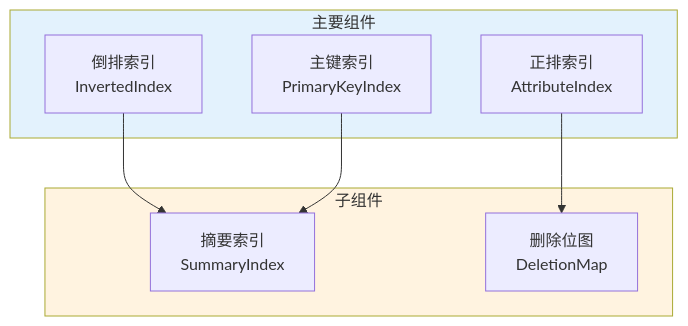
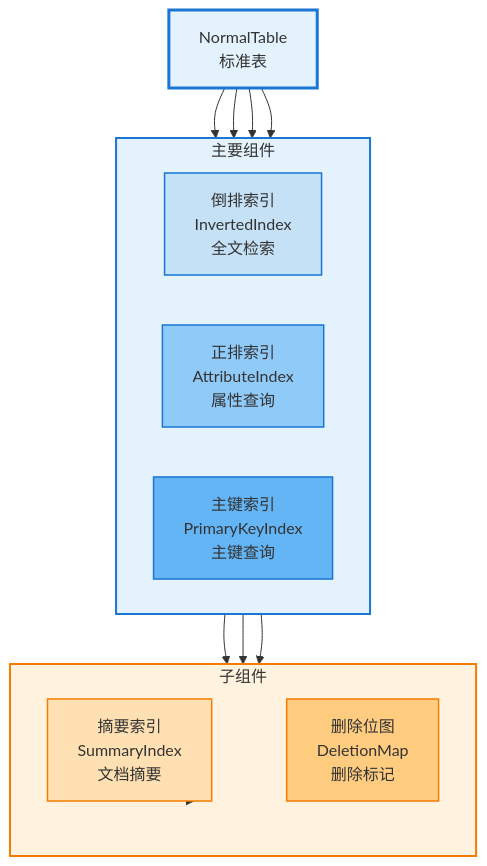
Before and after one commit to zhouzhilong-commits/zhouzhilong-commits.github.io: the fourth of 28 diagrams in _posts/2025-07-14-indexlib-8-index-types.md, drawn with Mermaid. The commit also changed other lines of this file and 6 other files, not shown here.

````diff
--- a/_posts/2025-07-14-indexlib-8-index-types.md
+++ b/_posts/2025-07-14-indexlib-8-index-types.md
@@ -238,20 +238,37 @@
 ```mermaid
 flowchart TD
+    NormalTable[NormalTable<br/>标准表] --> Main
+    
     subgraph Main["主要组件"]
-        A["倒排索引<br/>InvertedIndex"]
-        B["正排索引<br/>AttributeIndex"]
-        C["主键索引<br/>PrimaryKeyIndex"]
+        direction LR
+        A[倒排索引<br/>InvertedIndex<br/>全文检索]
+        B[正排索引<br/>AttributeIndex<br/>属性查询]
+        C[主键索引<br/>PrimaryKeyIndex<br/>主键查询]
     end
     
+    NormalTable --> A
+    NormalTable --> B
+    NormalTable --> C
+    
+    A --> Sub1
+    B --> Sub2
+    C --> Sub1
+    
     subgraph Sub["子组件"]
-        D["摘要索引<br/>SummaryIndex"]
-        E["删除位图<br/>DeletionMap"]
+        direction LR
+        Sub1[摘要索引<br/>SummaryIndex<br/>文档摘要]
+        Sub2[删除位图<br/>DeletionMap<br/>删除标记]
     end
     
-    A --> D
-    B --> E
-    C --> D
+    Sub --> Sub1
+    Sub --> Sub2
     
-    style Main fill:#e3f2fd
-    style Sub fill:#fff3e0
+    style NormalTable fill:#e3f2fd,stroke:#1976d2,stroke-width:3px
+    style Main fill:#e3f2fd,stroke:#1976d2,stroke-width:2px
+    style A fill:#c5e1f5,stroke:#1976d2,stroke-width:1.5px
+    style B fill:#90caf9,stroke:#1976d2,stroke-width:1.5px
+    style C fill:#64b5f6,stroke:#1976d2,stroke-width:1.5px
+    style Sub fill:#fff3e0,stroke:#f57c00,stroke-width:2px
+    style Sub1 fill:#ffe0b2,stroke:#f57c00,stroke-width:1.5px
+    style Sub2 fill:#ffcc80,stroke:#f57c00,stroke-width:1.5px
 ```
````
